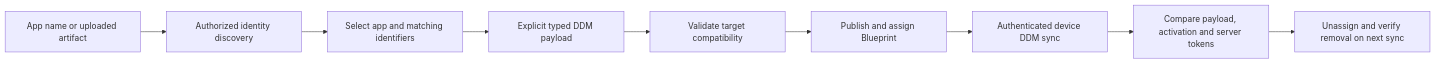
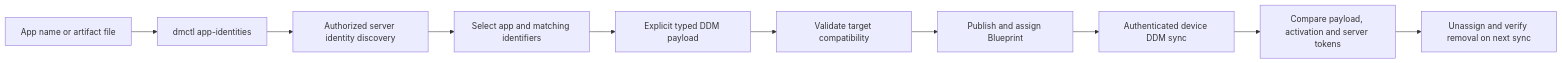
The diagram in docs/operations/application-identities.md (deploymenttheory/go-apple-dm), drawn with Mermaid before and after one commit. The commit also changed other lines of this file and 10 other files, not shown here.

Commit message:
feat(dmctl): add native application identity discovery and target validation

````diff
--- a/docs/operations/application-identities.md
+++ b/docs/operations/application-identities.md
@@ -8,11 +8,12 @@
 ```mermaid
 flowchart LR
-  Source[App name or uploaded artifact] --> Discovery[Authorized identity discovery]
+  Source[App name or artifact file] --> CLI[dmctl app-identities]
+  CLI --> Discovery[Authorized server identity discovery]
   Discovery --> Review[Select app and matching identifiers]
   Review --> Payload[Explicit typed DDM payload]
   Payload --> Validate[Validate target compatibility]
   Validate --> Blueprint[Publish and assign Blueprint]
   Blueprint --> Device[Authenticated device DDM sync]
   Device --> Verify[Compare payload, activation and server tokens]
   Verify --> Remove[Unassign and verify removal on next sync]
 ```
````
